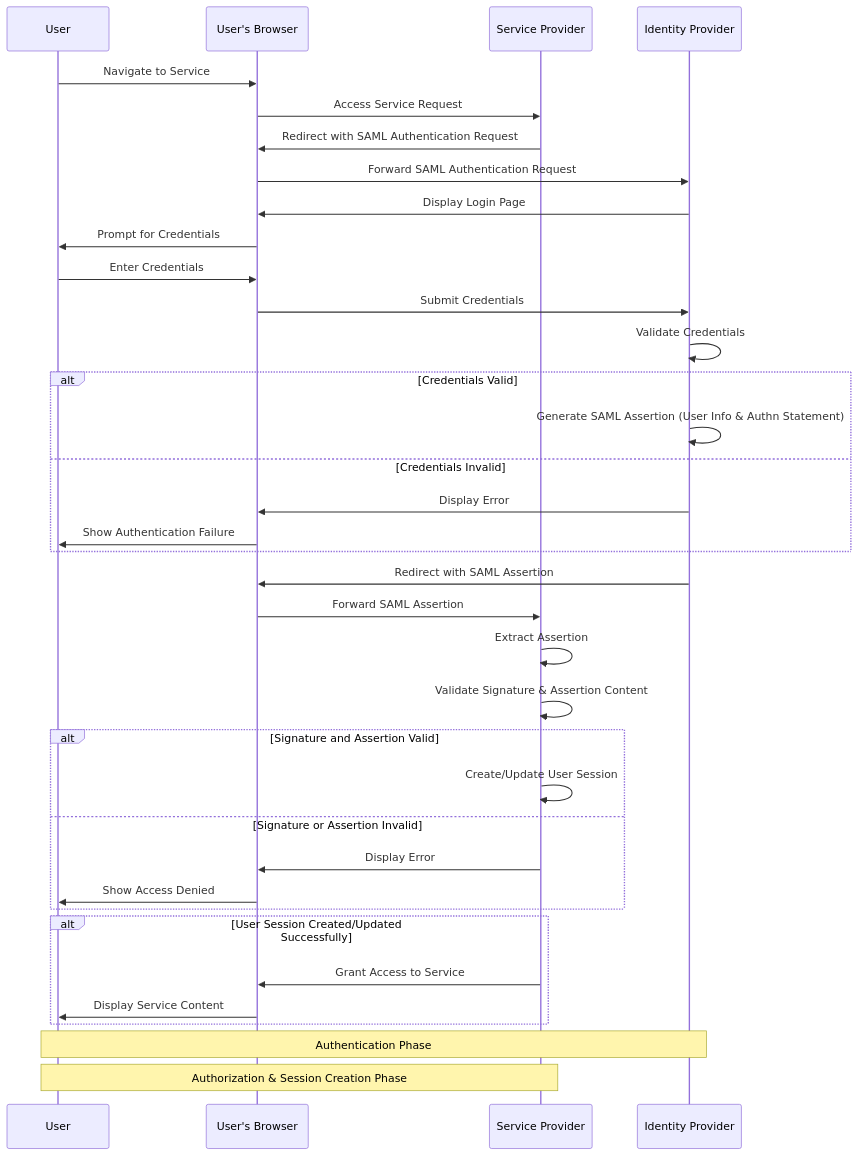
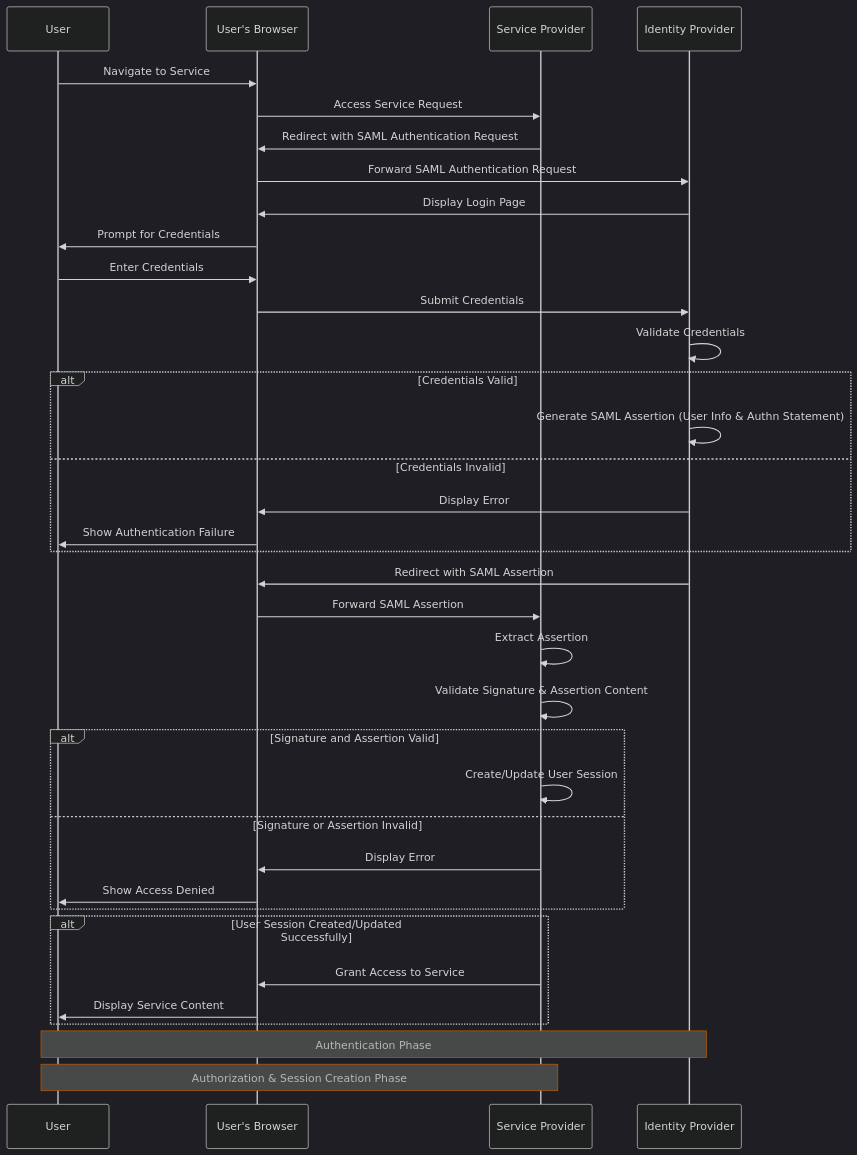
The diagram in saml.mermaid (hemzaz/mermaids), drawn with Mermaid before and after one commit. The commit also changed 15 other files, not shown here.

```diff
--- a/saml.mermaid
+++ b/saml.mermaid
@@ -1,52 +1,63 @@
+%%{init: {'theme':'dark', 'themeVariables': { 
+    'primaryColor': '#E95420', 
+    'primaryBorderColor': '#C4441C', 
+    'primaryTextColor': '#fff',
+    'secondaryColor': '#F58220', 
+    'secondaryBorderColor': '#C25D06',
+    'lineColor': '#CCCCCC', 
+    'textColor': '#CCCCCC',
+    'background': '#282a36'
+}}}%%
+
 sequenceDiagram
     participant User as User
     participant Browser as User's Browser
     participant SP as Service Provider
     participant IdP as Identity Provider
 
     %% Initial User Request for Service
     User->>Browser: Navigate to Service
     Browser->>SP: Access Service Request
 
     %% SP Initiates SAML Authentication Process
     SP->>Browser: Redirect with SAML Authentication Request
     Browser->>IdP: Forward SAML Authentication Request
 
     %% User Authenticates with IdP
     IdP->>Browser: Display Login Page
     Browser->>User: Prompt for Credentials
     User->>Browser: Enter Credentials
     Browser->>IdP: Submit Credentials
     IdP->>IdP: Validate Credentials
 
     %% IdP Generates SAML Assertion
     alt Credentials Valid
         IdP->>IdP: Generate SAML Assertion (User Info & Authn Statement)
     else Credentials Invalid
         IdP->>Browser: Display Error
         Browser->>User: Show Authentication Failure
         end
 
     %% Assertion Sent to SP Through Browser
     IdP->>Browser: Redirect with SAML Assertion
     Browser->>SP: Forward SAML Assertion
 
     %% SP Processes the Assertion
     SP->>SP: Extract Assertion
     SP->>SP: Validate Signature & Assertion Content
     alt Signature and Assertion Valid
         SP->>SP: Create/Update User Session
     else Signature or Assertion Invalid
         SP->>Browser: Display Error
         Browser->>User: Show Access Denied
         end
 
     %% Grant Access if Valid
     alt User Session Created/Updated Successfully
         SP->>Browser: Grant Access to Service
         Browser->>User: Display Service Content
     end
 
     %% Note
     Note over User,IdP: Authentication Phase
     Note over SP,User: Authorization & Session Creation Phase
```
